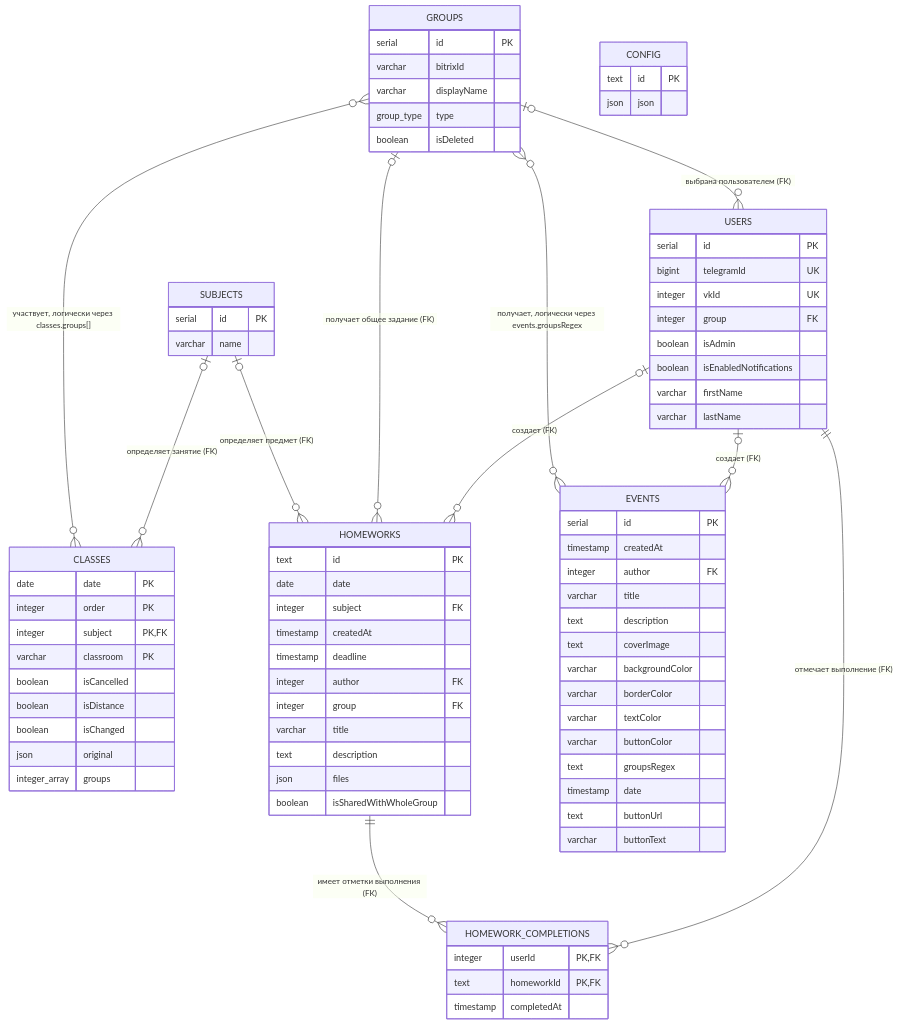
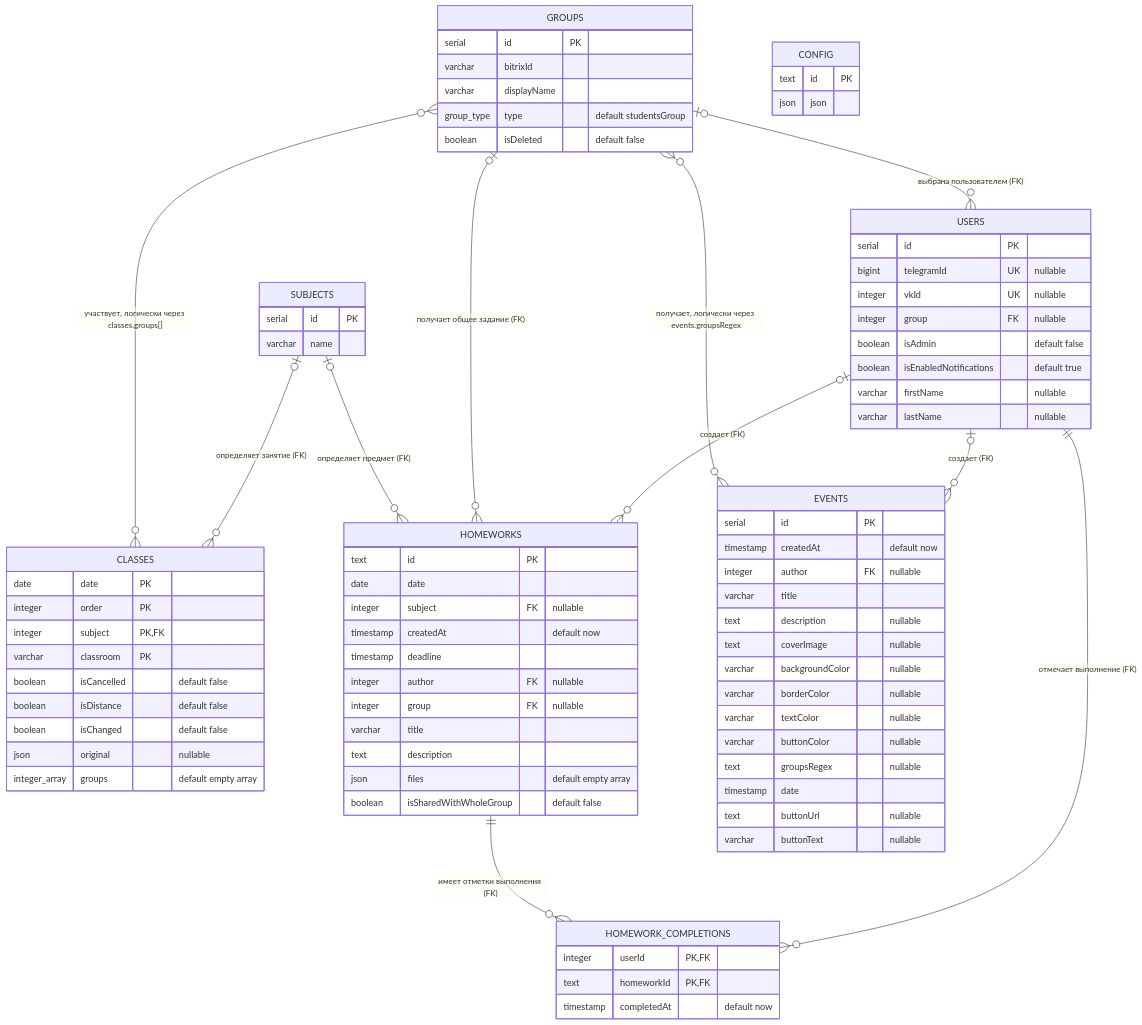
Before and after one commit to LayXL/uni-app: the diagram in docs/entity-relationships.md, drawn with Mermaid. The commit also changed other lines of this file and 4 other files, not shown here.

````diff
--- a/docs/entity-relationships.md
+++ b/docs/entity-relationships.md
@@ -23,21 +24,21 @@
 
     USERS {
         serial id PK
-        bigint telegramId UK
-        integer vkId UK
-        integer group FK
-        boolean isAdmin
-        boolean isEnabledNotifications
-        varchar firstName
-        varchar lastName
+        bigint telegramId UK "nullable"
+        integer vkId UK "nullable"
+        integer group FK "nullable"
+        boolean isAdmin "default false"
+        boolean isEnabledNotifications "default true"
+        varchar firstName "nullable"
+        varchar lastName "nullable"
     }
 
     GROUPS {
         serial id PK
         varchar bitrixId
         varchar displayName
-        group_type type
-        boolean isDeleted
+        group_type type "default studentsGroup"
+        boolean isDeleted "default false"
     }
 
     SUBJECTS {
@@ -50,47 +51,47 @@
         integer order PK
         integer subject PK,FK
         varchar classroom PK
-        boolean isCancelled
-        boolean isDistance
-        boolean isChanged
-        json original
-        integer_array groups
+        boolean isCancelled "default false"
+        boolean isDistance "default false"
+        boolean isChanged "default false"
+        json original "nullable"
+        integer_array groups "default empty array"
     }
 
     HOMEWORKS {
         text id PK
         date date
-        integer subject FK
-        timestamp createdAt
+        integer subject FK "nullable"
+        timestamp createdAt "default now"
         timestamp deadline
-        integer author FK
-        integer group FK
+        integer author FK "nullable"
+        integer group FK "nullable"
         varchar title
         text description
-        json files
-        boolean isSharedWithWholeGroup
+        json files "default empty array"
+        boolean isSharedWithWholeGroup "default false"
     }
 
     HOMEWORK_COMPLETIONS {
         integer userId PK,FK
         text homeworkId PK,FK
-        timestamp completedAt
+        timestamp completedAt "default now"
     }
 
     EVENTS {
         serial id PK
-        timestamp createdAt
-        integer author FK
+        timestamp createdAt "default now"
+        integer author FK "nullable"
         varchar title
-        text description
-        text coverImage
-        varchar backgroundColor
-        varchar borderColor
-        varchar textColor
-        varchar buttonColor
-        text groupsRegex
+        text description "nullable"
+        text coverImage "nullable"
+        varchar backgroundColor "nullable"
+        varchar borderColor "nullable"
+        varchar textColor "nullable"
+        varchar buttonColor "nullable"
+        text groupsRegex "nullable"
         timestamp date
-        text buttonUrl
-        varchar buttonText
+        text buttonUrl "nullable"
+        varchar buttonText "nullable"
     }
 ```
````
